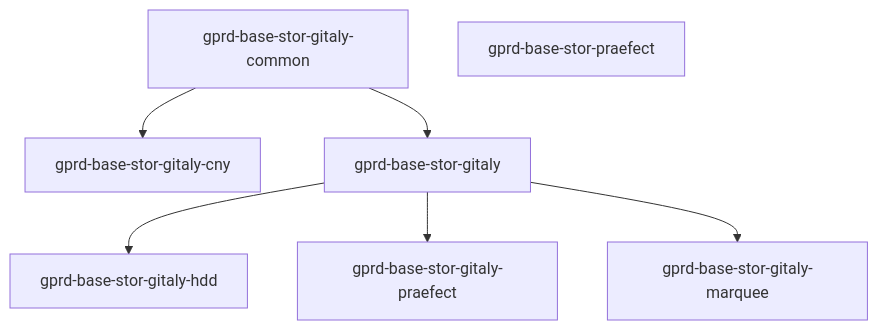
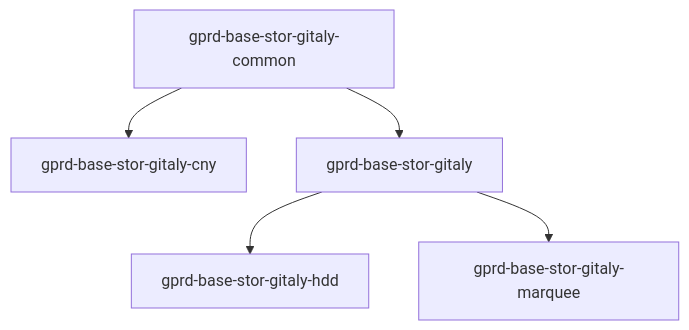
Before and after one commit to mattrussi/gitlab-com-runbooks: the first of 2 diagrams in docs/gitaly/README.md, drawn with Mermaid. The commit also changed other lines of this file and 86 other files, not shown here.

````diff
--- a/docs/gitaly/README.md
+++ b/docs/gitaly/README.md
@@ -82,10 +79,8 @@
 ```mermaid
 graph TD
     gprd-base-stor-gitaly-common-->gprd-base-stor-gitaly-cny
     gprd-base-stor-gitaly-common-->gprd-base-stor-gitaly
     gprd-base-stor-gitaly-->gprd-base-stor-gitaly-hdd
-    gprd-base-stor-gitaly-->gprd-base-stor-gitaly-praefect
     gprd-base-stor-gitaly-->gprd-base-stor-gitaly-marquee
 
-    gprd-base-stor-praefect
 ```
````
